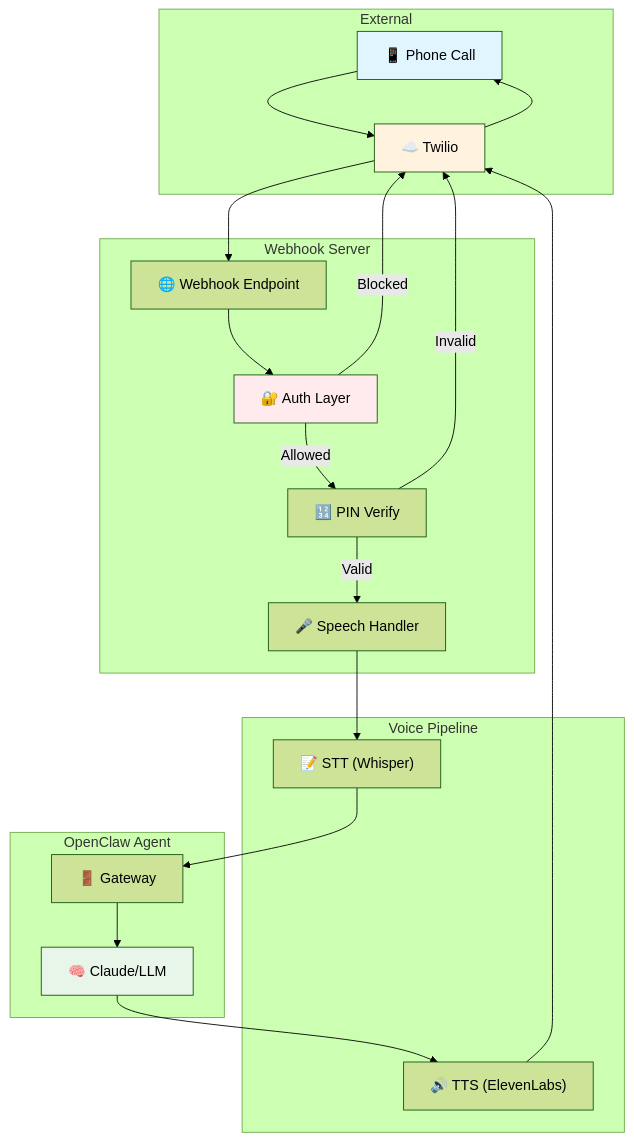
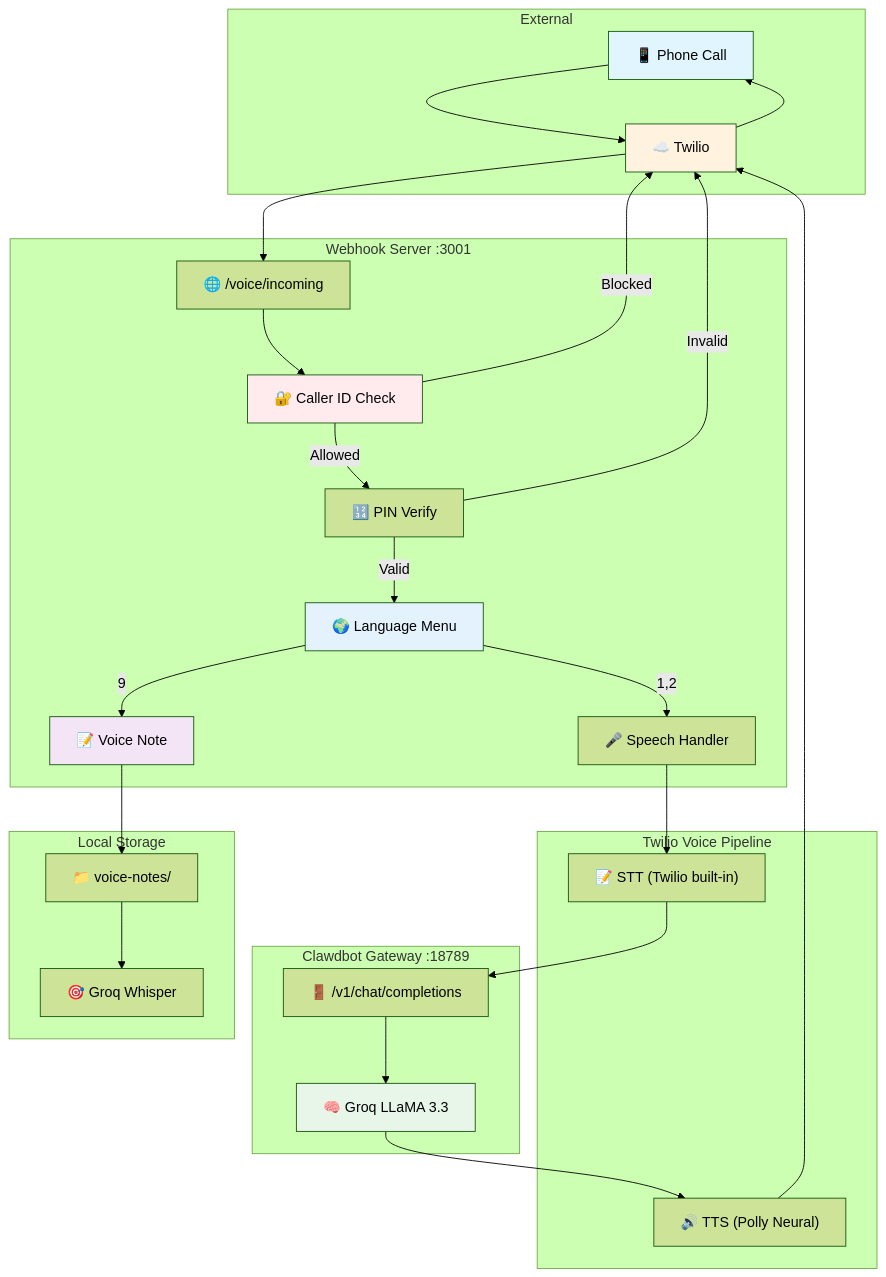
One commit to CodaLabs-xyz/openclaw-twilio-voice-skill changed the first of 4 diagrams in README.md. Above: the diagram before and after it, drawn with Mermaid (forest theme). The commit also changed other lines of this file, not shown here.

First line of the commit message:
docs: update mermaid diagrams to reflect current architecture

````diff
--- a/README.md
+++ b/README.md
@@ -19,43 +19,56 @@
 ```mermaid
 graph TB
     subgraph External["External"]
         Phone["📱 Phone Call"]
         Twilio["☁️ Twilio"]
     end
     
-    subgraph Server["Webhook Server"]
-        Webhook["🌐 Webhook Endpoint"]
-        Auth["🔐 Auth Layer"]
+    subgraph Server["Webhook Server :3001"]
+        Webhook["🌐 /voice/incoming"]
+        Auth["🔐 Caller ID Check"]
         PIN["🔢 PIN Verify"]
+        Menu["🌍 Language Menu"]
         Speech["🎤 Speech Handler"]
+        VoiceNote["📝 Voice Note"]
     end
     
-    subgraph Agent["OpenClaw Agent"]
-        Gateway["🚪 Gateway"]
-        LLM["🧠 Claude/LLM"]
+    subgraph Agent["Clawdbot Gateway :18789"]
+        Gateway["🚪 /v1/chat/completions"]
+        LLM["🧠 Groq LLaMA 3.3"]
     end
     
-    subgraph Voice["Voice Pipeline"]
-        STT["📝 STT (Whisper)"]
-        TTS["🔊 TTS (ElevenLabs)"]
+    subgraph Voice["Twilio Voice Pipeline"]
+        STT["📝 STT (Twilio built-in)"]
+        TTS["🔊 TTS (Polly Neural)"]
+    end
+    
+    subgraph Storage["Local Storage"]
+        Notes["📁 voice-notes/"]
+        Transcribe["🎯 Groq Whisper"]
     end
     
     Phone --> Twilio
     Twilio --> Webhook
     Webhook --> Auth
+    Auth -->|Blocked| Twilio
     Auth -->|Allowed| PIN
-    Auth -->|Blocked| Twilio
-    PIN -->|Valid| Speech
     PIN -->|Invalid| Twilio
+    PIN -->|Valid| Menu
+    Menu -->|1,2| Speech
+    Menu -->|9| VoiceNote
+    VoiceNote --> Notes
+    Notes --> Transcribe
     Speech --> STT
     STT --> Gateway
     Gateway --> LLM
     LLM --> TTS
     TTS --> Twilio
     Twilio --> Phone
     
     style Phone fill:#e1f5fe
     style Twilio fill:#fff3e0
     style Auth fill:#ffebee
     style LLM fill:#e8f5e9
+    style Menu fill:#e3f2fd
+    style VoiceNote fill:#f3e5f5
 ```
````
